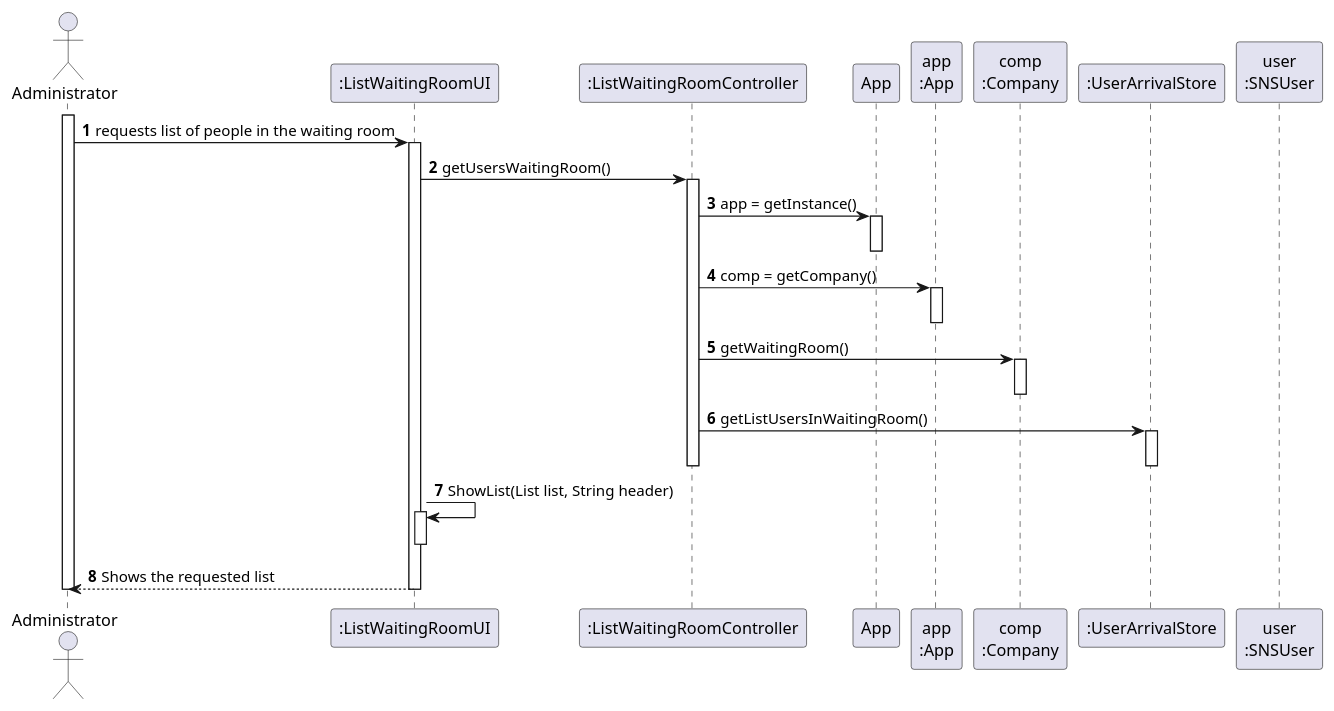
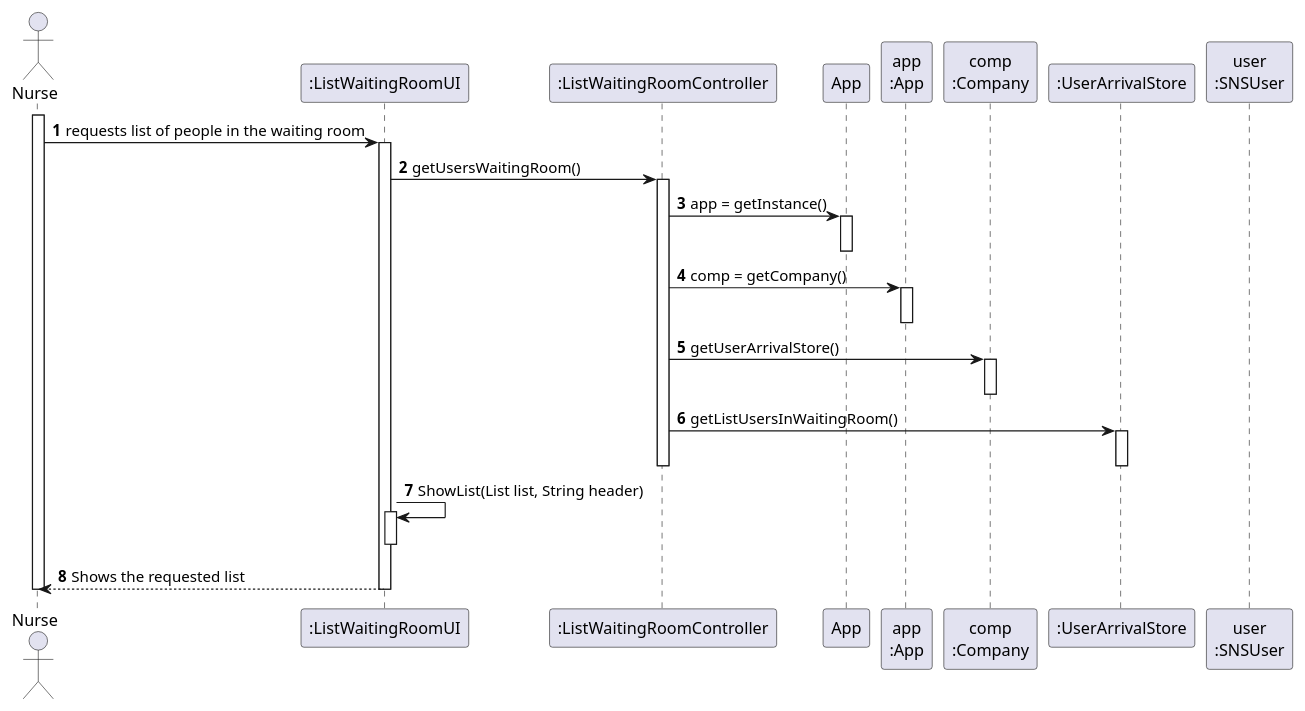
One commit to diogonapoles/isep-lapr2 changed the diagram in docs/SprintC/US5/US5_SD.puml. Above: the diagram before and after it, drawn with PlantUML. The commit also changed 5 other files, not shown here.

Commit message:
UML Files + SDv2 and SSDv2 [US5][Design]

```diff
--- a/docs/SprintC/US5/US5_SD.puml
+++ b/docs/SprintC/US5/US5_SD.puml
@@ -1,46 +1,46 @@
 @startuml
 autonumber
 'hide footbox
-actor "Administrator" as ADM
+actor "Nurse" as NU
 
 participant ":ListWaitingRoomUI" as UI
 participant ":ListWaitingRoomController" as CTRL
 participant "App" as _APP
 participant "app\n:App" as APP
 participant "comp\n:Company" as COMP
 participant ":UserArrivalStore" as UA
 participant "user\n:SNSUser" as SU
 
 
 
-activate ADM
-ADM -> UI : requests list of people in the waiting room
+activate NU
+NU -> UI : requests list of people in the waiting room
 activate UI
 UI -> CTRL : getUsersWaitingRoom()
 activate CTRL
 CTRL -> _APP : app = getInstance()
 activate _APP
 deactivate _APP
 CTRL -> APP : comp = getCompany()
 activate APP
 deactivate APP
-CTRL -> COMP : getWaitingRoom()
+CTRL -> COMP : getUserArrivalStore()
 activate COMP
 deactivate COMP
 CTRL -> UA : getListUsersInWaitingRoom()
 activate UA
 deactivate UA
 deactivate CTRL
 UI -> UI : ShowList(List list, String header)
 activate UI
 deactivate UI
 
-UI --> ADM : Shows the requested list
+UI --> NU : Shows the requested list
 deactivate UI
-deactivate ADM
+deactivate NU
 
 
 
 
 
 @enduml
```
